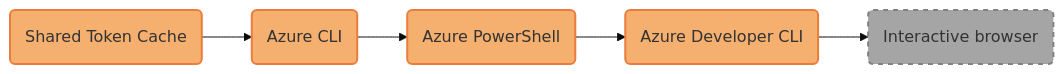
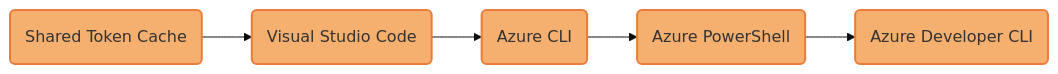
Before and after one commit to MicrosoftDocs/azure-dev-docs: the diagram in articles/python/sdk/mermaidjs/default-azure-credential-environment-variable-development.md, drawn with Mermaid. The commit also changed 1 other file, not shown here.

Commit message:
Update diagram

````diff
--- a/articles/python/sdk/mermaidjs/default-azure-credential-environment-variable-development.md
+++ b/articles/python/sdk/mermaidjs/default-azure-credential-environment-variable-development.md
@@ -1,27 +1,30 @@
 ```mermaid
 %% STEPS TO GENERATE IMAGE
 %% =======================
 %% 1. Install mermaid CLI v10.9.1 (see https://github.com/mermaid-js/mermaid-cli/blob/master/README.md):
 %%    npm i -g @mermaid-js/mermaid-cli@10.9.1
-%% 2. Run command: mmdc -i default-azure-credential-env-var-dev.md -o ../../media/mermaidjs/default-azure-credential-env-var-dev.svg
+%% 2. Run command: mmdc -i default-azure-credential-environment-variable-development.md -o ../../media/mermaidjs/default-azure-credential-environment-variable-development.svg
 
 %%{
   init: {
     'theme': 'base',
     'themeVariables': {
       'tertiaryBorderColor': '#fff',
       'tertiaryColor': '#fff'
     }
   }
 }%%
 
 flowchart LR;
     accTitle: DefaultAzureCredential authentication flow;
-    accDescr: Flowchart showing the credential chain implemented by DefaultAzureCredential;
+    accDescr: Flowchart showing the credential chain implemented by DefaultAzureCredential when AZURE_TOKEN_CREDENTIALS is set to "dev";
 
-    D(Shared Token Cache):::developer --> E(Azure CLI):::developer --> F(Azure PowerShell):::developer --> G(Azure Developer CLI):::developer --> H(Interactive browser):::interactive;
+    D(Shared Token Cache):::developer -->
+    E(Visual Studio Code):::developer -->
+    F(Azure CLI):::developer -->
+    G(Azure PowerShell):::developer -->
+    H(Azure Developer CLI):::developer;
 
     %% Define styles for credential type boxes
     classDef developer fill:#F5AF6F, stroke:#EB7C39, stroke-width:2px;
-    classDef interactive fill:#A5A5A5, stroke:#828282, stroke-dasharray:5 5, stroke-width:2px;
 ```
````
